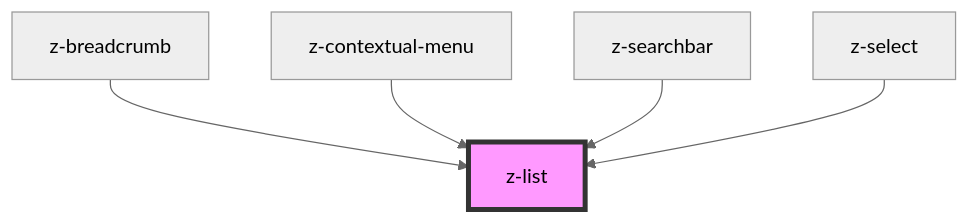
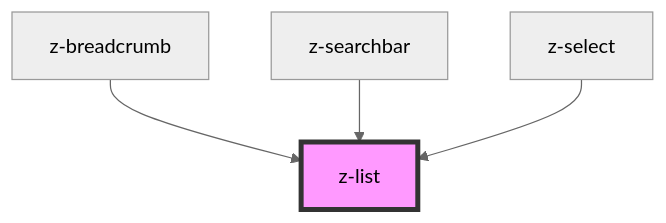
Before and after one commit to ZanichelliEditore/design-system: the diagram in src/components/list/z-list/readme.md, drawn with Mermaid (neutral theme). The commit also changed other lines of this file and 12 other files, not shown here.

````diff
--- a/src/components/list/z-list/readme.md
+++ b/src/components/list/z-list/readme.md
@@ -25,8 +24,7 @@
 ```mermaid
 graph TD;
   z-breadcrumb --> z-list
-  z-contextual-menu --> z-list
   z-searchbar --> z-list
   z-select --> z-list
   style z-list fill:#f9f,stroke:#333,stroke-width:4px
 ```
````
